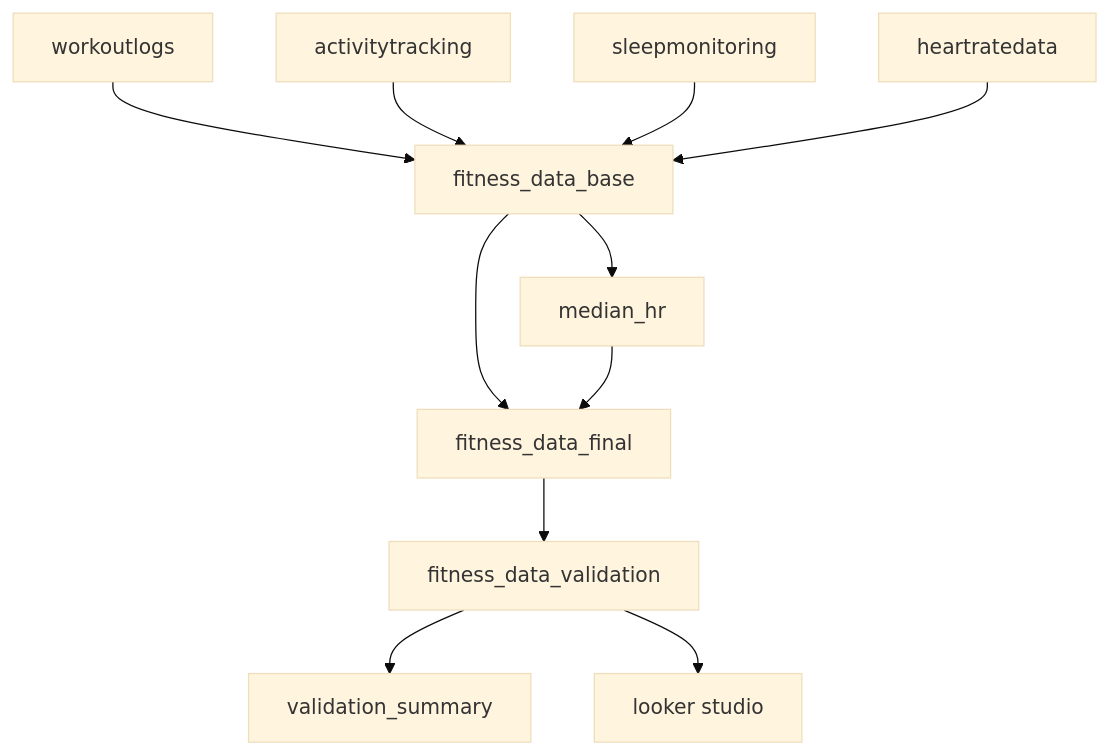
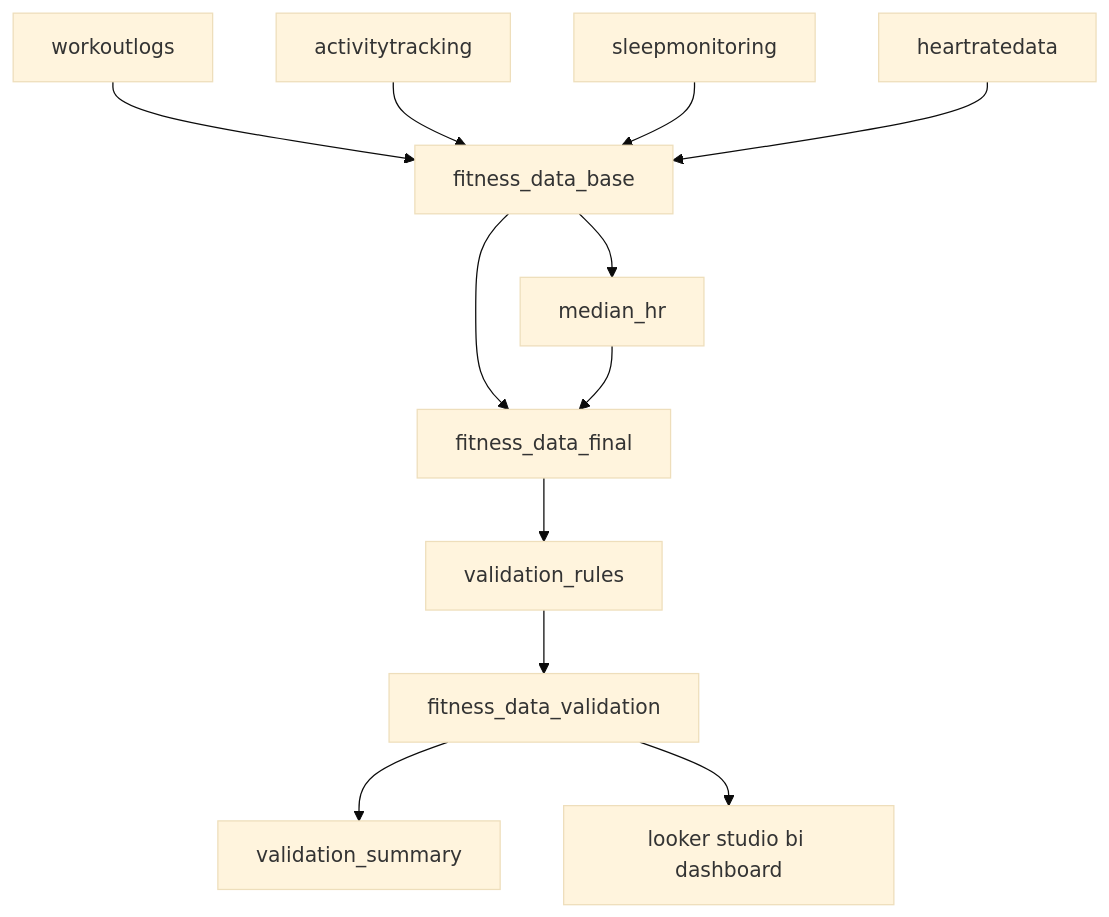
The diagram in etl/etl_pipeline.md (moniburnejko/fitness-analytics-dashboard), drawn with Mermaid (base theme) before and after one commit.

````diff
--- a/etl/etl_pipeline.md
+++ b/etl/etl_pipeline.md
@@ -51,24 +51,26 @@
 ```mermaid
 flowchart TD
   A[workoutlogs]
   B[activitytracking]
   C[sleepmonitoring]
   D[heartratedata]
   E[fitness_data_base]
   F[median_hr]
   G[fitness_data_final]
-  H[fitness_data_validation]
-  I[validation_summary]
-  Z[looker studio]
+  H[validation_rules]
+  I[fitness_data_validation]
+  J[validation_summary]
+  K[looker studio bi dashboard]
 
   A --> E
   B --> E
   C --> E
   D --> E
   E --> F
   E --> G
   F --> G
   G --> H
   H --> I
-  H --> Z
+  I --> J
+  I --> K
 ```
````
